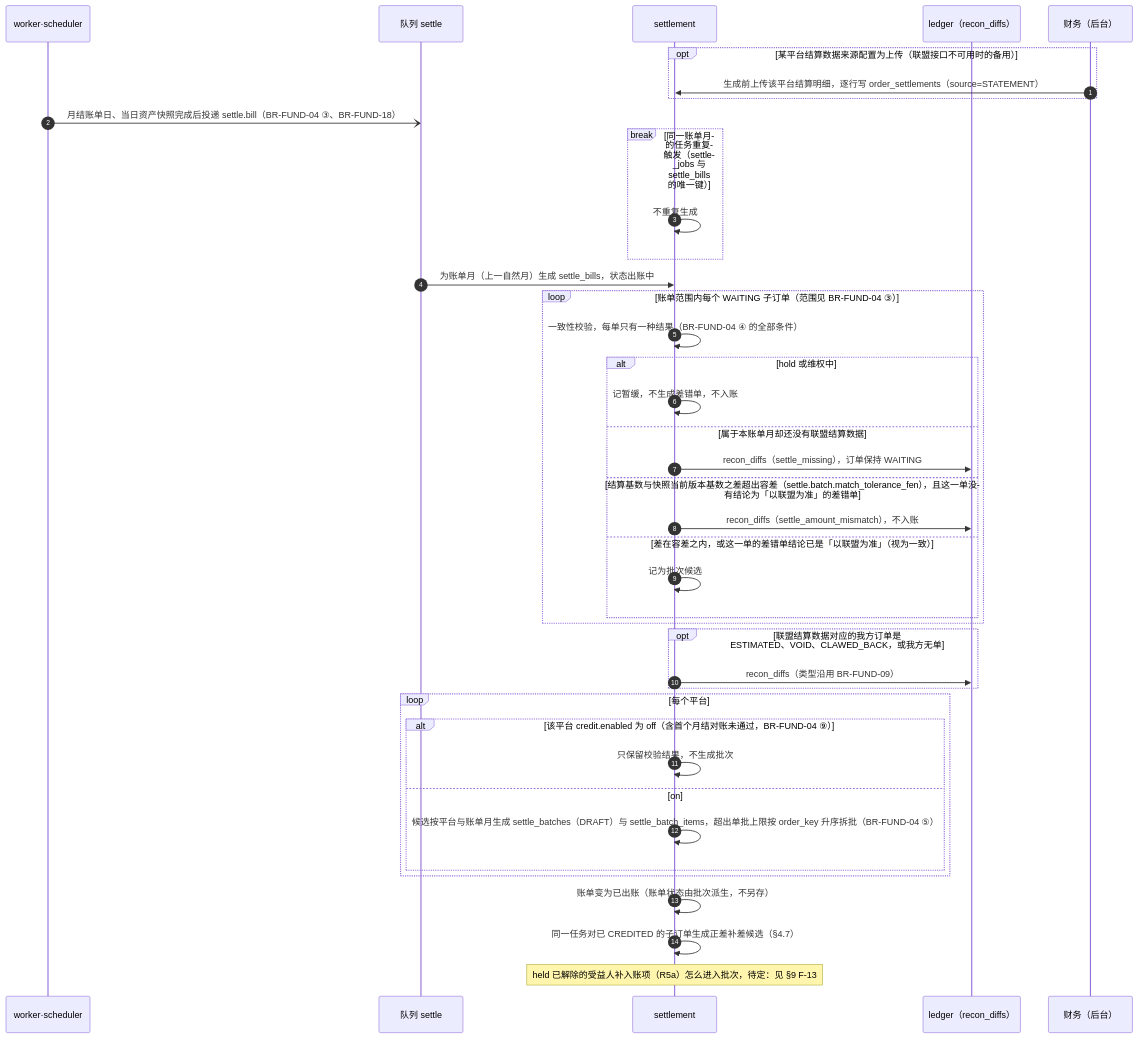
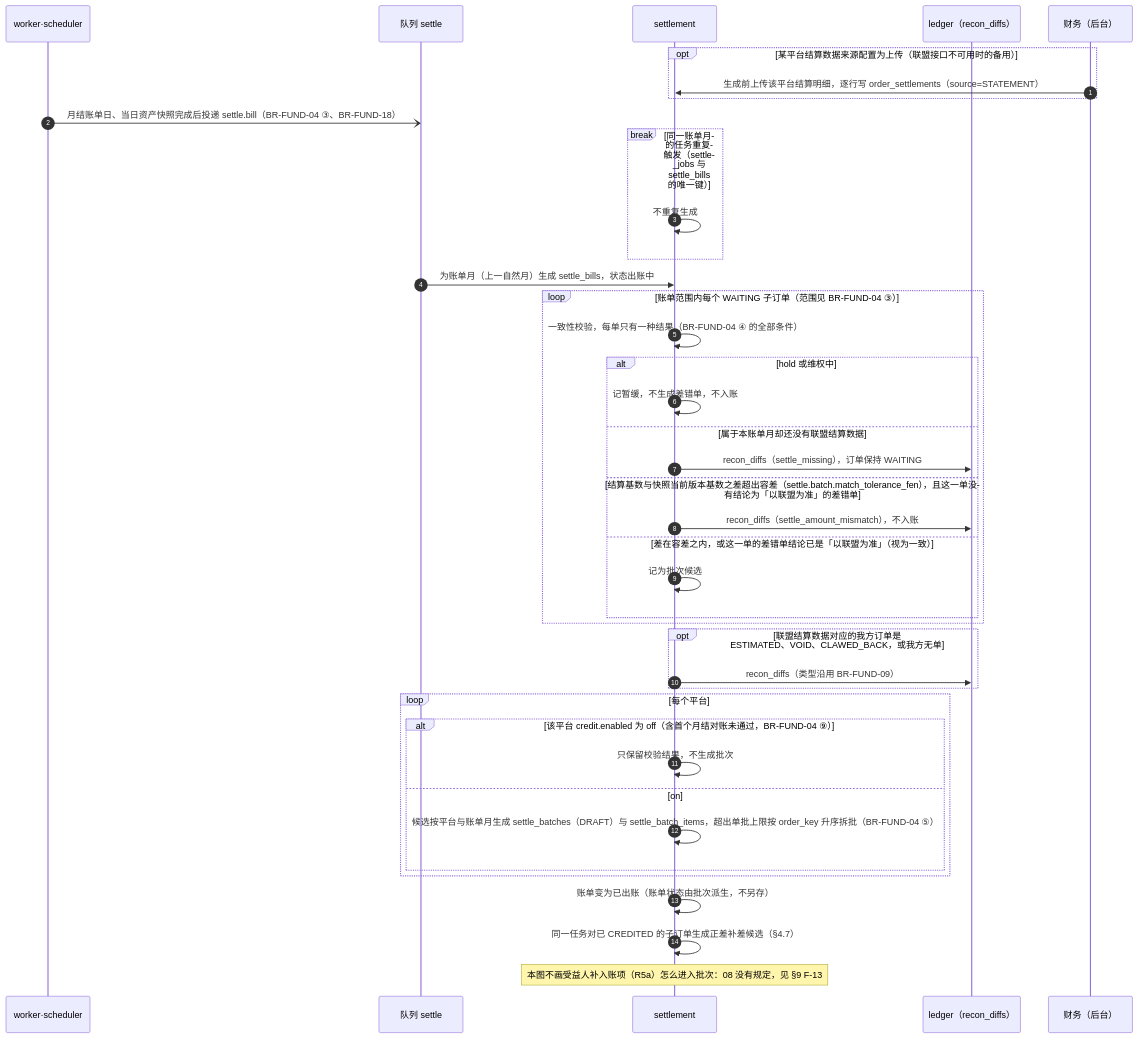
Before and after one commit to zora4523-bot/couli: diagram 16 of 41 in 规划/12_关键流程与状态图.md, drawn with Mermaid.

Commit message:
docs(12): section 4.2, the top-up note says what the diagram leaves out
The closing note no longer reads as a pending step: how beneficiary
top-up items (R5a) enter a batch is not drawn because 08 does not define
it (section 9 F-13).

````diff
--- a/规划/12_关键流程与状态图.md
+++ b/规划/12_关键流程与状态图.md
@@ -1160,43 +1160,43 @@
 ```mermaid
 sequenceDiagram
   autonumber
   participant S as worker·scheduler
   participant J as 队列 settle
   participant T as settlement
   participant L as ledger（recon_diffs）
   participant F as 财务（后台）
 
   opt 某平台结算数据来源配置为上传（联盟接口不可用时的备用）
     F->>T: 生成前上传该平台结算明细，逐行写 order_settlements（source=STATEMENT）
   end
   S-)J: 月结账单日、当日资产快照完成后投递 settle.bill（BR-FUND-04 ③、BR-FUND-18）
   break 同一账单月的任务重复触发（settle_jobs 与 settle_bills 的唯一键）
     T->>T: 不重复生成
   end
   J->>T: 为账单月（上一自然月）生成 settle_bills，状态出账中
   loop 账单范围内每个 WAITING 子订单（范围见 BR-FUND-04 ③）
     T->>T: 一致性校验，每单只有一种结果（BR-FUND-04 ④ 的全部条件）
     alt hold 或维权中
       T->>T: 记暂缓，不生成差错单，不入账
     else 属于本账单月却还没有联盟结算数据
       T->>L: recon_diffs（settle_missing），订单保持 WAITING
     else 结算基数与快照当前版本基数之差超出容差（settle.batch.match_tolerance_fen），且这一单没有结论为「以联盟为准」的差错单
       T->>L: recon_diffs（settle_amount_mismatch），不入账
     else 差在容差之内，或这一单的差错单结论已是「以联盟为准」（视为一致）
       T->>T: 记为批次候选
     end
   end
   opt 联盟结算数据对应的我方订单是 ESTIMATED、VOID、CLAWED_BACK，或我方无单
     T->>L: recon_diffs（类型沿用 BR-FUND-09）
   end
   loop 每个平台
     alt 该平台 credit.enabled 为 off（含首个月结对账未通过，BR-FUND-04 ⑨）
       T->>T: 只保留校验结果，不生成批次
     else on
       T->>T: 候选按平台与账单月生成 settle_batches（DRAFT）与 settle_batch_items，超出单批上限按 order_key 升序拆批（BR-FUND-04 ⑤）
     end
   end
   T->>T: 账单变为已出账（账单状态由批次派生，不另存）
   T->>T: 同一任务对已 CREDITED 的子订单生成正差补差候选（§4.7）
-  Note over T: held 已解除的受益人补入账项（R5a）怎么进入批次，待定：见 §9 F-13
+  Note over T: 本图不画受益人补入账项（R5a）怎么进入批次：08 没有规定，见 §9 F-13
 ```
````
